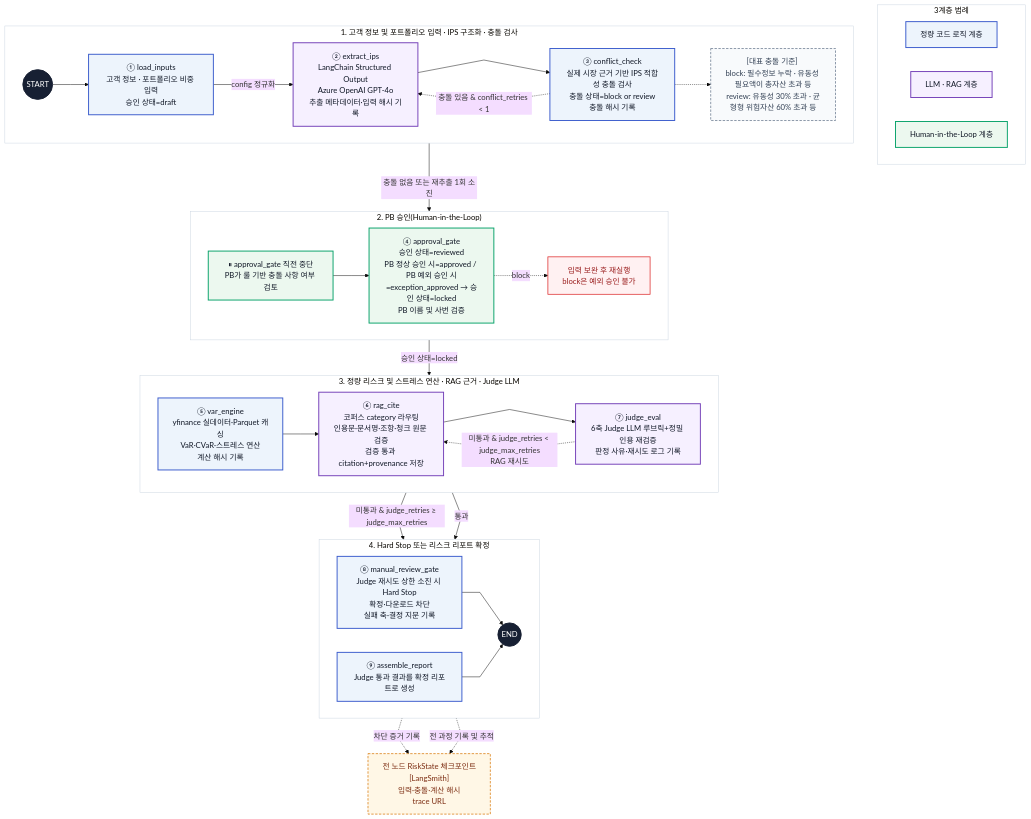
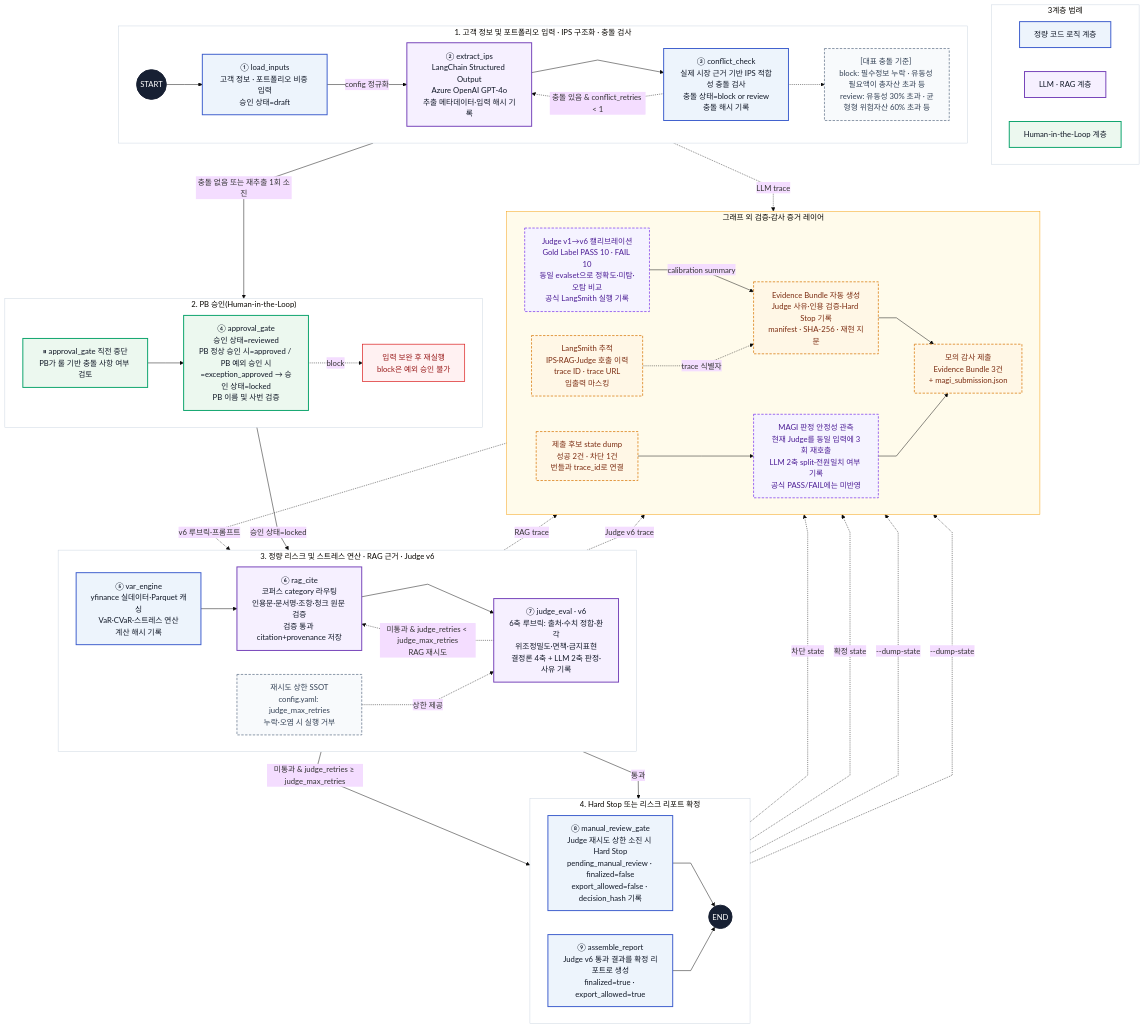
Before and after one commit to SamsungSecurities-YoungCreator-15th-4/S_Hub: the diagram in docs/mermaid.mmd, drawn with Mermaid.

Commit message:
docs: Judge v6와 감사 검증 아키텍처 반영

```diff
--- a/docs/mermaid.mmd
+++ b/docs/mermaid.mmd
@@ -1,96 +1,123 @@
 %%{init: {"theme": "base", "flowchart": {"htmlLabels": true, "curve": "linear"}}}%%
 %% S.ymphony Mermaid 아키텍처
 %% 실제 LangGraph 노드 9개 · 실행 단계 4개 · 아키텍처 계층 3개 · 조건부 루프 2개 · HITL 1개
+%% MAGI·Evidence Bundle·LangSmith는 그래프 밖 감사·관측 레이어이며 런타임 판정을 바꾸지 않음
 flowchart TB
 
     %% 실행 흐름과 분리된 아키텍처 계층 범례
     subgraph LEGEND["3계층 범례"]
         direction LR
         KEY_DET["정량 코드 로직 계층"]
         KEY_LLM["LLM · RAG 계층"]
         KEY_HITL["Human-in-the-Loop 계층"]
     end
 
     %% 1단계: 고객 정보 및 포트폴리오 입력, IPS 구조화, 충돌 검사
     subgraph STEP1["1. 고객 정보 및 포트폴리오 입력 · IPS 구조화 · 충돌 검사"]
         direction LR
         START((START))
         N1["① load_inputs<br/>고객 정보 · 포트폴리오 비중 입력<br/>승인 상태=draft"]
         N2["② extract_ips<br/>LangChain Structured Output<br/>Azure OpenAI GPT-4o<br/>추출 메타데이터·입력 해시 기록"]
         N3["③ conflict_check<br/>실제 시장 근거 기반 IPS 적합성 충돌 검사<br/>충돌 상태=block or review<br/>충돌 해시 기록"]
         CONFLICT["[대표 충돌 기준] <br/>block: 필수정보 누락 · 유동성 필요액이 총자산 초과 등<br/>review: 유동성 30% 초과 · 균형형 위험자산 60% 초과 등"]
 
         START --> N1
         N1 -->|"config 정규화"| N2
         N2 --> N3
         N3 -. "충돌 있음 & conflict_retries < 1" .-> N2
         N3 -.-> CONFLICT
     end
 
     %% 2단계: PB 승인(Human-in-the-Loop)
     subgraph STEP2["2. PB 승인(Human-in-the-Loop)"]
         direction LR
         PAUSE["⏸ approval_gate 직전 중단<br/>PB가 룰 기반 충돌 사항 여부 검토"]
         N4["④ approval_gate<br/>승인 상태=reviewed<br/>PB 정상 승인 시=approved / PB 예외 승인 시=exception_approved → 승인 상태=locked<br/>PB 이름 및 사번 검증"]
         STOP["입력 보완 후 재실행<br/>block은 예외 승인 불가"]
 
         PAUSE --> N4
         N4 -. "block" .-> STOP
     end
 
-    %% 3단계: 정량 리스크 엔진, XAI, 검증 및 추적
-    subgraph STEP3["3. 정량 리스크 및 스트레스 연산 · RAG 근거 · Judge LLM"]
+    %% 3단계: 정량 리스크 엔진, XAI, Judge v6 검증 및 추적
+    subgraph STEP3["3. 정량 리스크 및 스트레스 연산 · RAG 근거 · Judge v6"]
         direction LR
         N5["⑤ var_engine<br/>yfinance 실데이터·Parquet 캐싱<br/>VaR·CVaR·스트레스 연산<br/>계산 해시 기록"]
         N6["⑥ rag_cite<br/>코퍼스 category 라우팅<br/>인용문·문서명·조항·청크 원문 검증<br/>검증 통과 citation+provenance 저장"]
-        N7["⑦ judge_eval<br/>6축 Judge LLM 루브릭+정밀 인용 재검증<br/>판정 사유·재시도 로그 기록"]
+        N7["⑦ judge_eval · v6<br/>6축 루브릭: 출처·수치 정합·환각<br/>위조정밀도·면책·금지표현<br/>결정론 4축 + LLM 2축 판정·사유 기록"]
+        RETRY["재시도 상한 SSOT<br/>config.yaml: judge_max_retries<br/>누락·오염 시 실행 거부"]
 
         N5 --> N6
         N6 --> N7
         N7 -. "미통과 & judge_retries < judge_max_retries<br/>RAG 재시도" .-> N6
+        RETRY -. "상한 제공" .-> N7
     end
 
     %% 4단계: Hard Stop 또는 최종 리스크 리포트 확정
     subgraph STEP4["4. Hard Stop 또는 리스크 리포트 확정"]
         direction LR
-        N8["⑧ manual_review_gate<br/>Judge 재시도 상한 소진 시 Hard Stop<br/>확정·다운로드 차단<br/>실패 축·결정 지문 기록"]
-        N9["⑨ assemble_report<br/>Judge 통과 결과를 확정 리포트로 생성"]
+        N8["⑧ manual_review_gate<br/>Judge 재시도 상한 소진 시 Hard Stop<br/>pending_manual_review · finalized=false<br/>export_allowed=false · decision_hash 기록"]
+        N9["⑨ assemble_report<br/>Judge v6 통과 결과를 확정 리포트로 생성<br/>finalized=true · export_allowed=true"]
         END((END))
 
         N8 --> END
         N9 --> END
     end
 
     %% 단계 간 기본 실행 경로
     N3 -->|"충돌 없음 또는 재추출 1회 소진"| PAUSE
     N4 -->|"승인 상태=locked"| N5
     N7 -->|"미통과 & judge_retries ≥ judge_max_retries"| N8
     N7 -->|"통과"| N9
 
-    %% 그래프 외 공통 감사 요소: 단일 연결로 교차선을 최소화
-    AUDIT["전 노드 RiskState 체크포인트<br/>[LangSmith]<br/>입력·충돌·계산 해시<br/>trace URL"]
-    N8 -. "차단 증거 기록" .-> AUDIT
-    N9 -. "전 과정 기록 및 추적" .-> AUDIT
+    %% 그래프 외 감사·관측 레이어: 런타임 판정과 분리
+    subgraph PROOF["그래프 외 검증·감사 증거 레이어"]
+        direction LR
+        CAL["Judge v1→v6 캘리브레이션<br/>Gold Label PASS 10 · FAIL 10<br/>동일 evalset으로 정확도·미탐·오탐 비교<br/>공식 LangSmith 실행 기록"]
+        TRACE["LangSmith 추적<br/>IPS·RAG·Judge 호출 이력<br/>trace ID · trace URL<br/>입출력 마스킹"]
+        BUNDLE["Evidence Bundle 자동 생성<br/>Judge 사유·인용 검증·Hard Stop 기록<br/>manifest · SHA-256 · 재현 지문"]
+        STATE["제출 후보 state dump<br/>성공 2건 · 차단 1건<br/>번들과 trace_id로 연결"]
+        MAGI["MAGI 판정 안정성 관측<br/>현재 Judge를 동일 입력에 3회 재호출<br/>LLM 2축 split·전원일치 여부 기록<br/>공식 PASS/FAIL에는 미반영"]
+        SUBMIT["모의 감사 제출<br/>Evidence Bundle 3건<br/>+ magi_submission.json"]
+
+        CAL -->|"calibration summary"| BUNDLE
+        BUNDLE --> SUBMIT
+        STATE --> MAGI
+        MAGI --> SUBMIT
+    end
+
+    CAL -. "v6 루브릭·프롬프트" .-> N7
+    N2 -. "LLM trace" .-> TRACE
+    N6 -. "RAG trace" .-> TRACE
+    N7 -. "Judge v6 trace" .-> TRACE
+    N8 -. "차단 state" .-> BUNDLE
+    N9 -. "확정 state" .-> BUNDLE
+    N8 -. "--dump-state" .-> STATE
+    N9 -. "--dump-state" .-> STATE
+    TRACE -. "trace 식별자" .-> BUNDLE
 
     %% 3계층은 실행 순서를 유지한 채 노드 색상으로 구분
     classDef deterministic fill:#EDF4FC,stroke:#3B5CCC,color:#111827,stroke-width:2px;
     classDef llmNode fill:#F6F0FF,stroke:#7440B8,color:#111827,stroke-width:2px;
     classDef hitlNode fill:#ECF8EF,stroke:#08A26A,color:#111827,stroke-width:2px;
     classDef terminal fill:#172033,stroke:#172033,color:#FFFFFF,stroke-width:2px;
     classDef stop fill:#FFF1F2,stroke:#DC2626,color:#991B1B,stroke-width:1.5px;
     classDef audit fill:#FFF7E6,stroke:#D97706,color:#7C2D12,stroke-width:1.5px,stroke-dasharray:5 3;
+    classDef stability fill:#F5F3FF,stroke:#7C3AED,color:#4C1D95,stroke-width:1.5px,stroke-dasharray:5 3;
     classDef note fill:#F8FAFC,stroke:#64748B,color:#334155,stroke-width:1.5px,stroke-dasharray:5 3;
 
     class KEY_DET,N1,N3,N5,N8,N9 deterministic;
     class KEY_LLM,N2,N6,N7 llmNode;
     class KEY_HITL,PAUSE,N4 hitlNode;
     class START,END terminal;
     class STOP stop;
-    class AUDIT audit;
-    class CONFLICT note;
+    class TRACE,BUNDLE,STATE,SUBMIT audit;
+    class CAL,MAGI stability;
+    class CONFLICT,RETRY note;
 
     style LEGEND fill:#FFFFFF,stroke:#CBD5E1,stroke-width:1px
     style STEP1 fill:#FFFFFF,stroke:#CBD5E1,stroke-width:1px
     style STEP2 fill:#FFFFFF,stroke:#CBD5E1,stroke-width:1px
     style STEP3 fill:#FFFFFF,stroke:#CBD5E1,stroke-width:1px
     style STEP4 fill:#FFFFFF,stroke:#CBD5E1,stroke-width:1px
+    style PROOF fill:#FFFBEB,stroke:#F59E0B,stroke-width:1px
```
